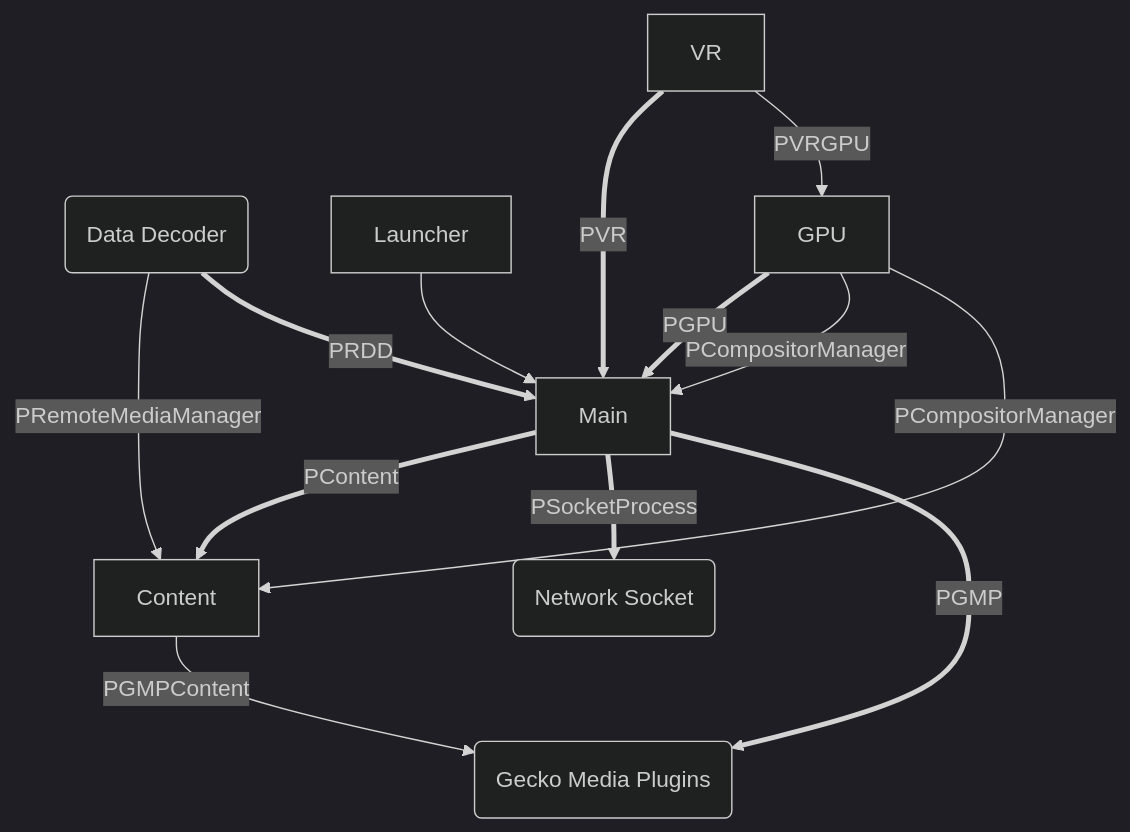
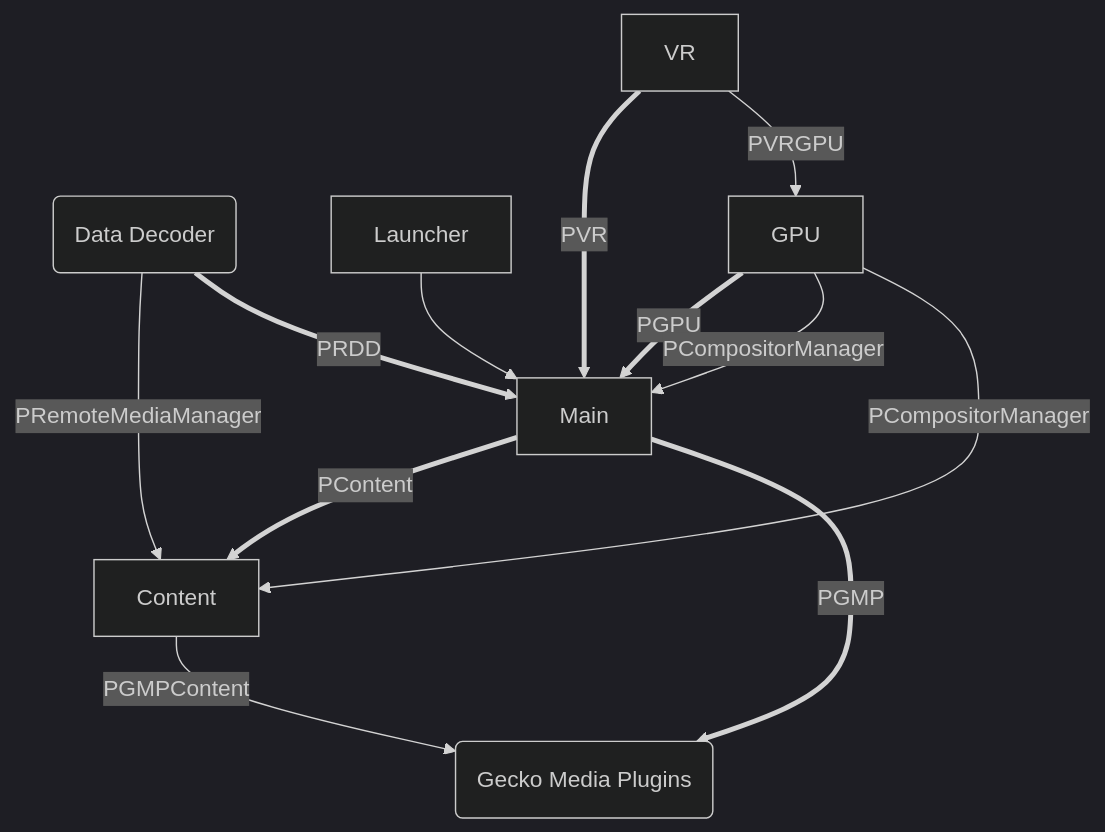
Before and after one commit to marco-c/gecko-dev-comments-removed: the diagram in ipc/docs/processes.md, drawn with Mermaid (dark theme). The commit also changed other lines of this file and 10 other files, not shown here.

First line of the commit message:
Bug 2077172 - Update docs and comments that described the socket process. r=necko-reviewers,ipc-reviewers,webrtc-reviewers,sandbox-reviewers,crashreporting-reviewers,chumphreys,jesup,bwc

````diff
--- a/ipc/docs/processes.md
+++ b/ipc/docs/processes.md
@@ -73,20 +73,19 @@
 ```{mermaid}
 graph TD
     RDD -->|PRemoteMediaManager| Content
     RDD(Data Decoder) ==>|PRDD| Main
 
     Launcher --> Main
 
     Main ==>|PContent| Content
-    Main ==>|PSocketProcess| Socket(Network Socket)
     Main ==>|PGMP| GMP(Gecko Media Plugins)
     VR ==>|PVR| Main
     GPU ==>|PGPU| Main
 
     GPU -->|PCompositorManager| Main
     GPU -->|PCompositorManager| Content
 
     Content -->|PGMPContent| GMP
 
     VR -->|PVRGPU| GPU
 ```
````
